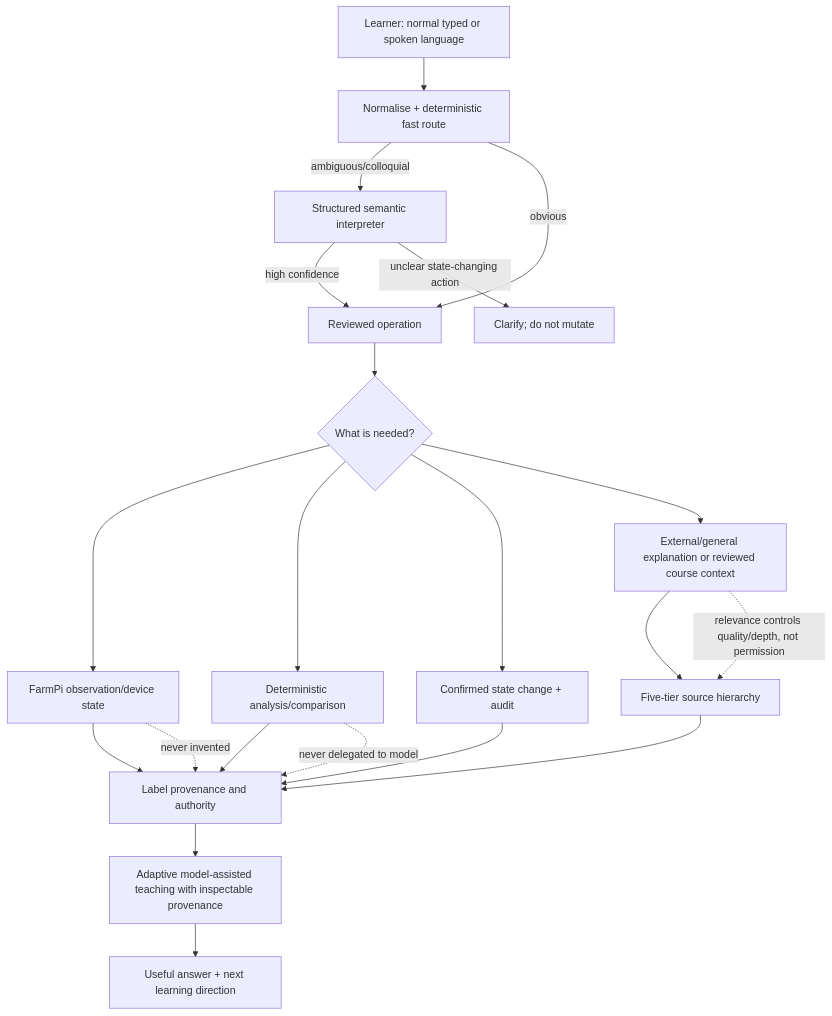
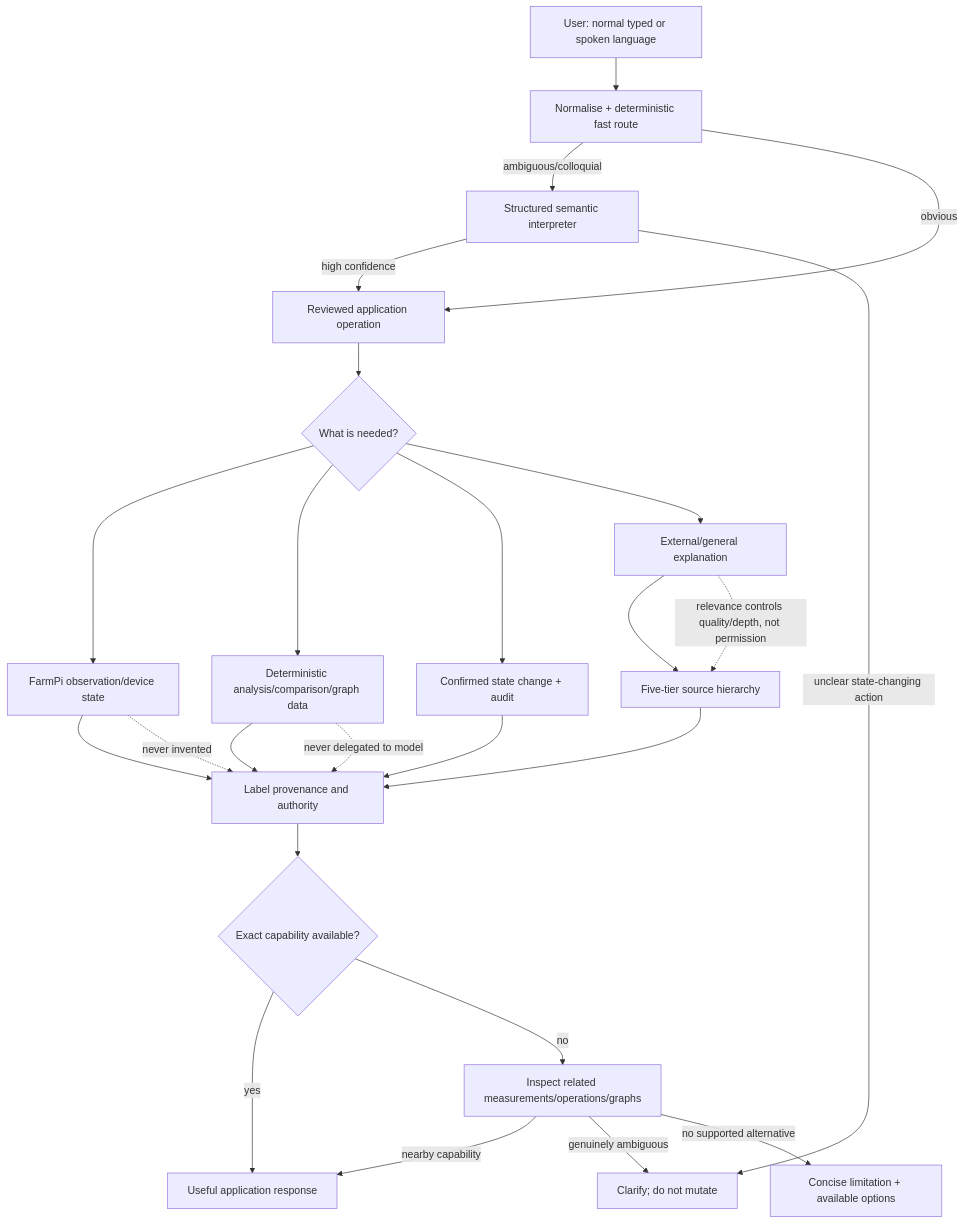
Before and after one commit to w0rmy/farmpi: the diagram in docs/diagrams/open-learning-architecture.mmd, drawn with Mermaid.

Commit message:
Refocus semantic recovery diagram on application behaviour

```diff
--- a/docs/diagrams/open-learning-architecture.mmd
+++ b/docs/diagrams/open-learning-architecture.mmd
@@ -1,21 +1,25 @@
 flowchart TD
-  U[Learner: normal typed or spoken language] --> R[Normalise + deterministic fast route]
+  U[User: normal typed or spoken language] --> R[Normalise + deterministic fast route]
   R -->|ambiguous/colloquial| I[Structured semantic interpreter]
-  R -->|obvious| W[Reviewed operation]
+  R -->|obvious| W[Reviewed application operation]
   I -->|high confidence| W
   I -->|unclear state-changing action| C[Clarify; do not mutate]
   W --> Q{What is needed?}
   Q --> O[FarmPi observation/device state]
-  Q --> A[Deterministic analysis/comparison]
+  Q --> A[Deterministic analysis/comparison/graph data]
   Q --> M[Confirmed state change + audit]
-  Q --> E[External/general explanation or reviewed course context]
+  Q --> E[External/general explanation]
   O --> P[Label provenance and authority]
   A --> P
   M --> P
   E --> H[Five-tier source hierarchy]
   H --> P
-  P --> L[Adaptive model-assisted teaching with inspectable provenance]
-  L --> X[Useful answer + next learning direction]
+  P --> K{Exact capability available?}
+  K -->|yes| X[Useful application response]
+  K -->|no| V[Inspect related measurements/operations/graphs]
+  V -->|nearby capability| X
+  V -->|genuinely ambiguous| C
+  V -->|no supported alternative| Z[Concise limitation + available options]
   O -. never invented .-> P
   A -. never delegated to model .-> P
   E -. relevance controls quality/depth, not permission .-> H
```
